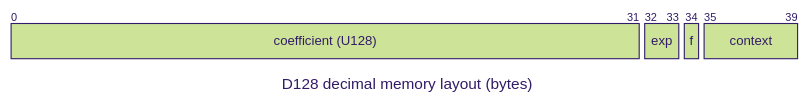
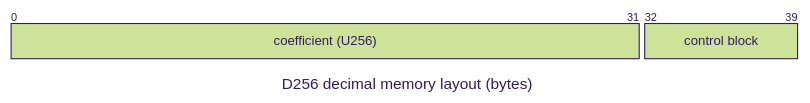
Before and after one commit to shuhuiluo/fastnum: the first of 2 diagrams in doc/LIB.md, drawn with Mermaid. The commit also changed other lines of this file and 90 other files, not shown here.

```diff
--- a/doc/LIB.md
+++ b/doc/LIB.md
@@ -317,15 +319,13 @@
 <pre class="mermaid">
     ---
-    title: D128 decimal memory layout (bytes)
+    title: D256 decimal memory layout (bytes)
     config:
       theme: 'forest'
       packet:
         bitsPerRow: 40
         bitWidth: 18
     ---
     packet-beta
-    0-31: "coefficient (U128)"
-    32-33: "exp"
-    34-34: "f"
-    35-39: "context"
+    0-31: "coefficient (U256)"
+    32-39: "control block"
 </pre>
```
